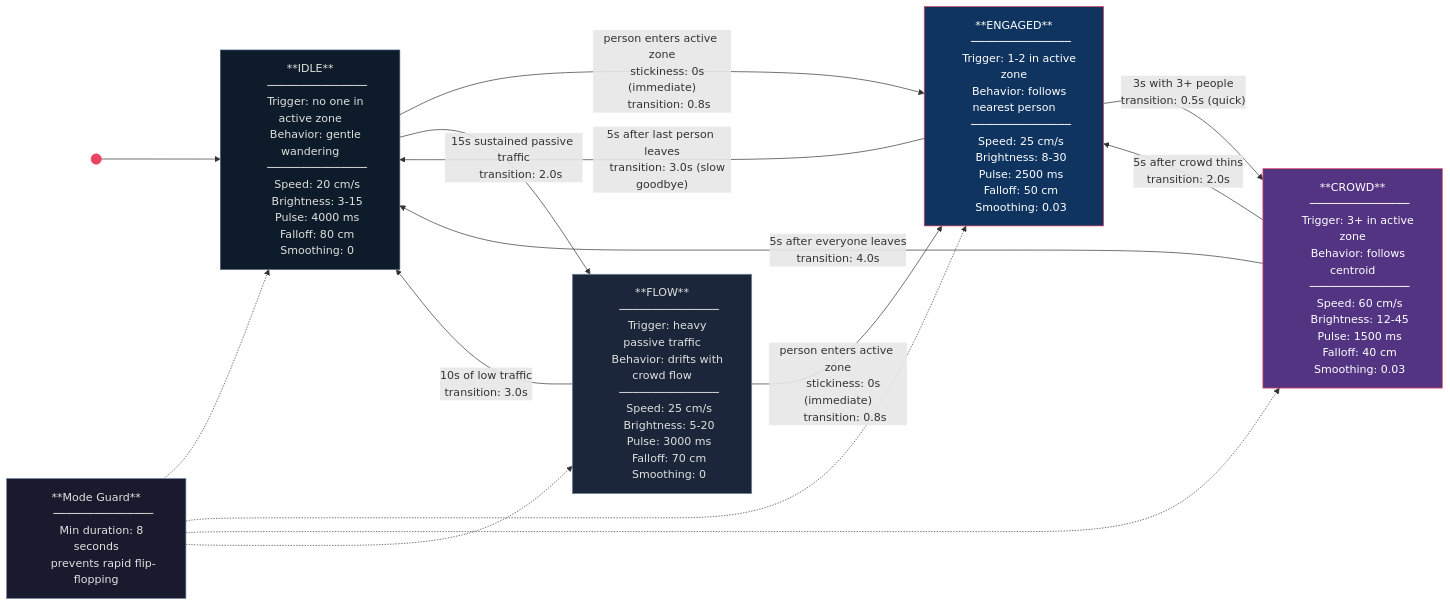
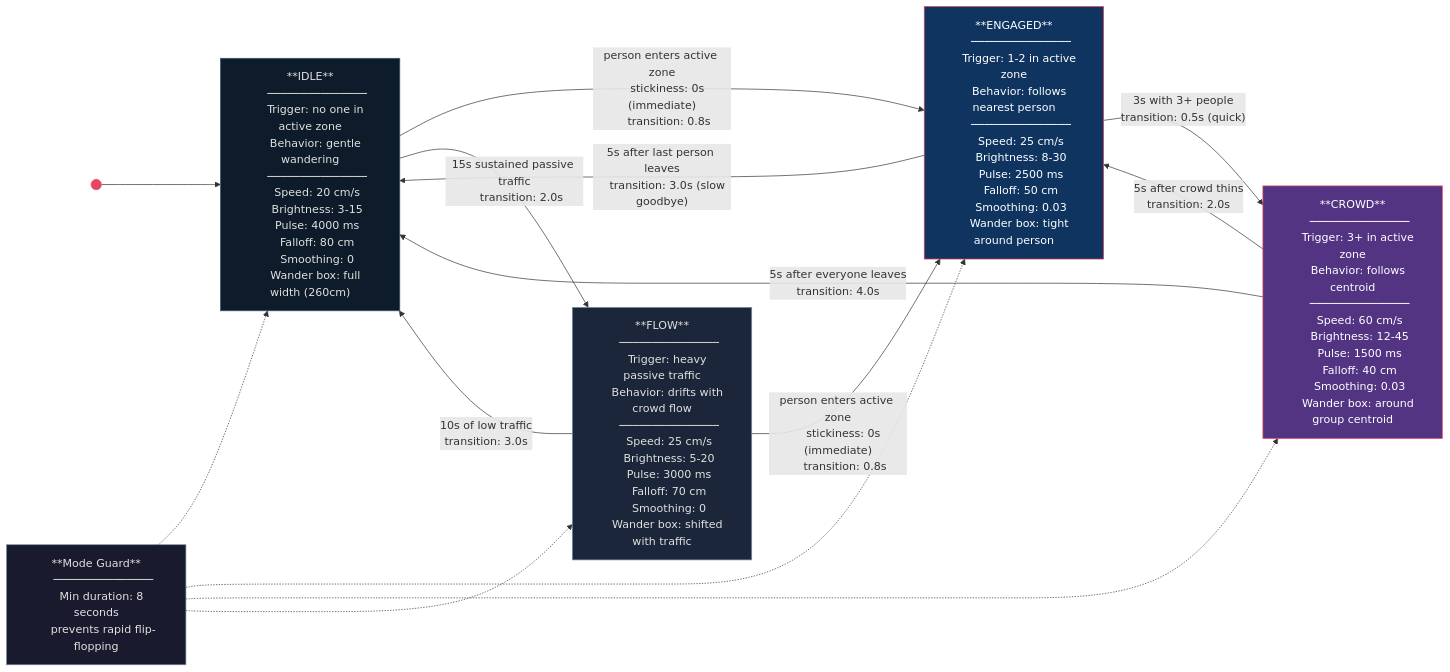
One commit to npuckett/dc-dev changed the second of 18 diagrams in IO/BEHAVIOR_DIAGRAMS.md. Above: the diagram before and after it, drawn with Mermaid. The commit also changed other lines of this file and 1 other file, not shown here.

Commit message:
wander update

```diff
--- a/IO/BEHAVIOR_DIAGRAMS.md
+++ b/IO/BEHAVIOR_DIAGRAMS.md
@@ -185,7 +186,8 @@
     Brightness: 3-15
     Pulse: 4000 ms
     Falloff: 80 cm
-    Smoothing: 0"]
+    Smoothing: 0
+    Wander box: full width (260cm)"]
 
     ENGAGED["**ENGAGED**
     ───────────────
@@ -196,7 +198,8 @@
     Brightness: 8-30
     Pulse: 2500 ms
     Falloff: 50 cm
-    Smoothing: 0.03"]
+    Smoothing: 0.03
+    Wander box: tight around person"]
 
     CROWD["**CROWD**
     ───────────────
@@ -207,7 +210,8 @@
     Brightness: 12-45
     Pulse: 1500 ms
     Falloff: 40 cm
-    Smoothing: 0.03"]
+    Smoothing: 0.03
+    Wander box: around group centroid"]
 
     FLOW["**FLOW**
     ───────────────
@@ -218,7 +222,8 @@
     Brightness: 5-20
     Pulse: 3000 ms
     Falloff: 70 cm
-    Smoothing: 0"]
+    Smoothing: 0
+    Wander box: shifted with traffic"]
 
     IDLE -->|"person enters active zone
     stickiness: 0s (immediate)
```
